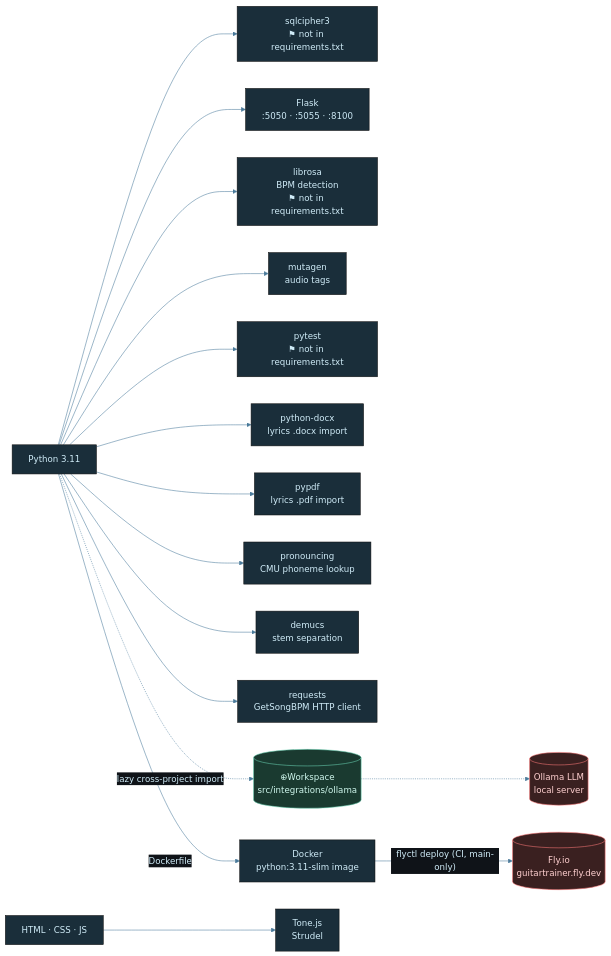
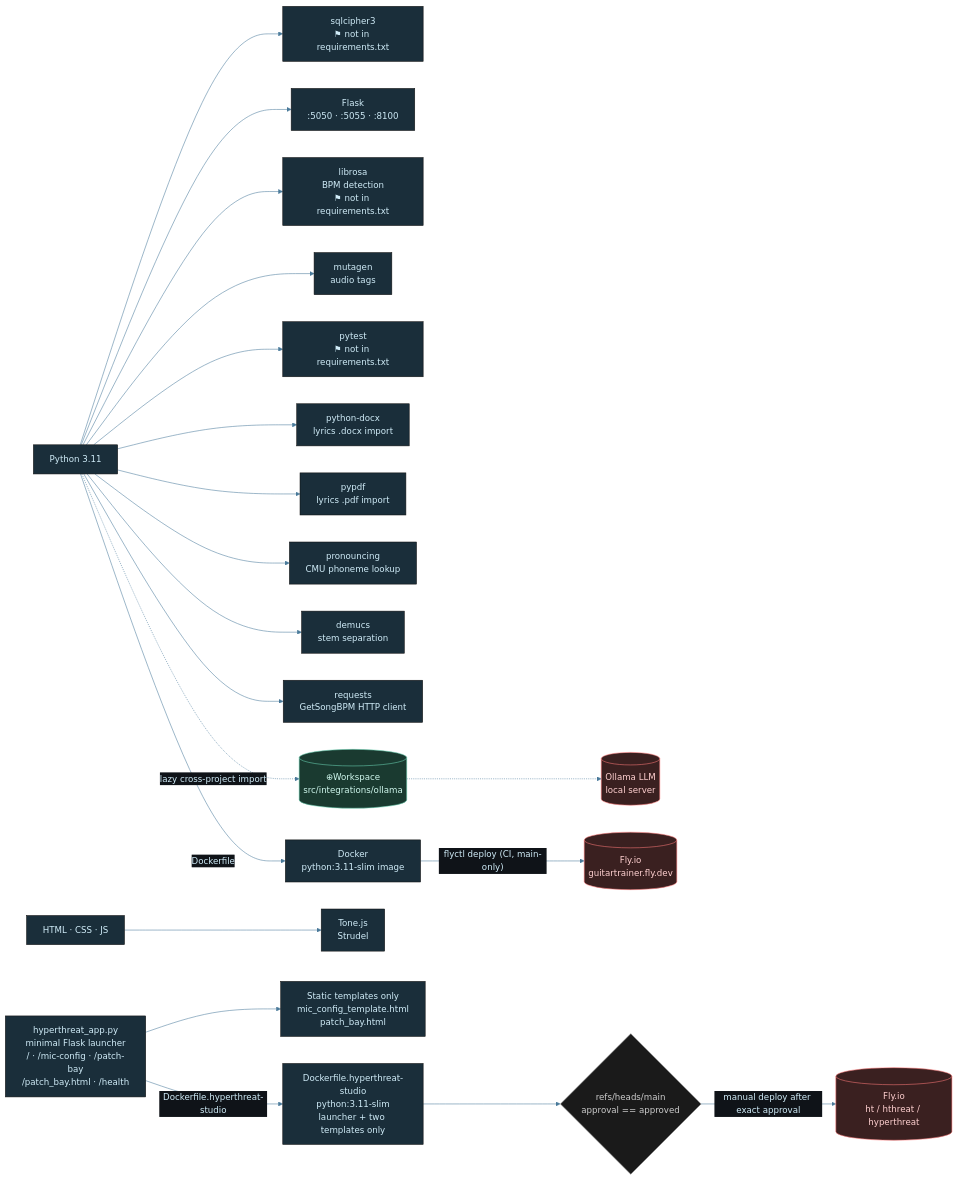
The diagram in diagrams/music-tech-stack.mmd (tylerdrakemusic/-Workspace), drawn with Mermaid before and after one commit. The commit also changed 2 other files, not shown here.

Commit message:
FR-20260816-hyperthreat-studio-templates diagrams
Merge approved Hyperthreat Studio architecture diagrams

```diff
--- a/diagrams/music-tech-stack.mmd
+++ b/diagrams/music-tech-stack.mmd
@@ -1,30 +1,41 @@
 %%{init: {'theme': 'base', 'themeVariables': {'primaryColor': '#1a2e3a', 'primaryTextColor': '#d0ecf8', 'edgeLabelBackground': '#0f1318', 'lineColor': '#4a7a9a'}}}%%
 graph LR
     Python[Python 3.11] --> SQLCipher["sqlcipher3<br/>⚑ not in requirements.txt"]
     Python --> Flask[Flask<br/>:5050 · :5055 · :8100]
     Python --> Librosa["librosa<br/>BPM detection<br/>⚑ not in requirements.txt"]
     Python --> Mutagen[mutagen<br/>audio tags]
     Python --> Pytest["pytest<br/>⚑ not in requirements.txt"]
     Python --> PythonDocx["python-docx<br/>lyrics .docx import"]
     Python --> Pypdf["pypdf<br/>lyrics .pdf import"]
     Python --> Pronouncing["pronouncing<br/>CMU phoneme lookup"]
     Python --> Demucs["demucs<br/>stem separation"]
     Python --> Requests[requests<br/>GetSongBPM HTTP client]
     Web[HTML · CSS · JS] --> Tone[Tone.js<br/>Strudel]
     Python -.->|lazy cross-project import| WSOllama[(⊕Workspace<br/>src/integrations/ollama)]
     WSOllama -.-> Ollama[(Ollama LLM<br/>local server)]
     Python -->|Dockerfile| Docker[Docker<br/>python:3.11-slim image] -->|"flyctl deploy (CI, main-only)"| FlyIO[(Fly.io<br/>guitartrainer.fly.dev)]
+    HyperthreatLauncher["hyperthreat_app.py<br/>minimal Flask launcher<br/>/ · /mic-config · /patch-bay<br/>/patch_bay.html · /health"]
+    HyperthreatTemplates["Static templates only<br/>mic_config_template.html<br/>patch_bay.html"]
+    HyperthreatDocker["Dockerfile.hyperthreat-studio<br/>python:3.11-slim<br/>launcher + two templates only"]
+    HyperthreatGate{"refs/heads/main<br/>approval == approved"}
+    HyperthreatFly[(Fly.io<br/>ht / hthreat / hyperthreat)]
+    HyperthreatLauncher --> HyperthreatTemplates
+    HyperthreatLauncher -->|"Dockerfile.hyperthreat-studio"| HyperthreatDocker
+    HyperthreatDocker --> HyperthreatGate
+    HyperthreatGate -->|"manual deploy after exact approval"| HyperthreatFly
     class Python,Web lang
     class SQLCipher,Flask,Librosa,Mutagen,Pytest,Tone,PythonDocx,Pypdf,Pronouncing,Demucs,Requests lib
     class WSOllama ws
-    class Ollama,FlyIO ext
+    class Ollama,FlyIO,HyperthreatFly ext
+    class HyperthreatLauncher,HyperthreatTemplates,HyperthreatDocker svc
+    class HyperthreatGate state
 
 classDef life     fill:#1a2e3a,stroke:#6ab4d4,color:#d0ecf8
 classDef music    fill:#3a1a24,stroke:#d47a8f,color:#f8d0dc
 classDef quantum  fill:#251a3a,stroke:#a07adf,color:#e8d0f8
 classDef manifest fill:#3a2e1a,stroke:#d4a96a,color:#f8ead0
 classDef ws       fill:#1a3a30,stroke:#6ad4b4,color:#d0f8ee
 classDef tyler    fill:#2a1a3a,stroke:#9e4aff,color:#fff
 classDef ext      fill:#3a2020,stroke:#ff7a7a,color:#ffd0d0
 classDef db       fill:#3a3010,stroke:#d4c050,color:#f8f0c0
 classDef state    fill:#1a1a1a,stroke:#888888,color:#cccccc
```
